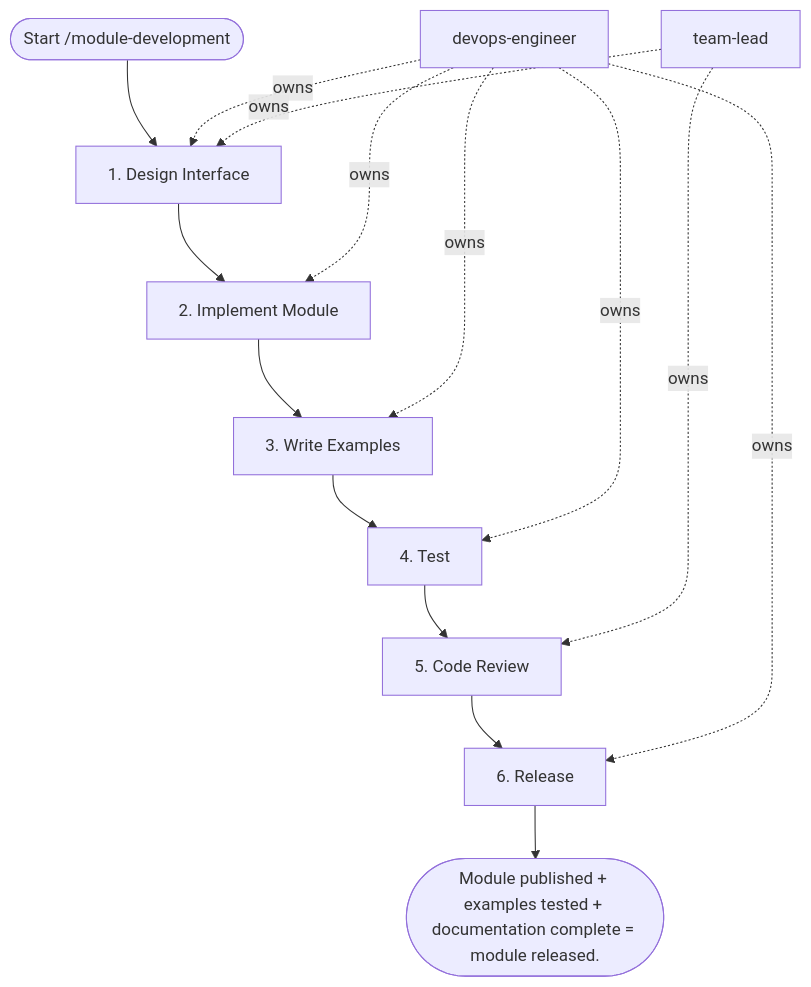
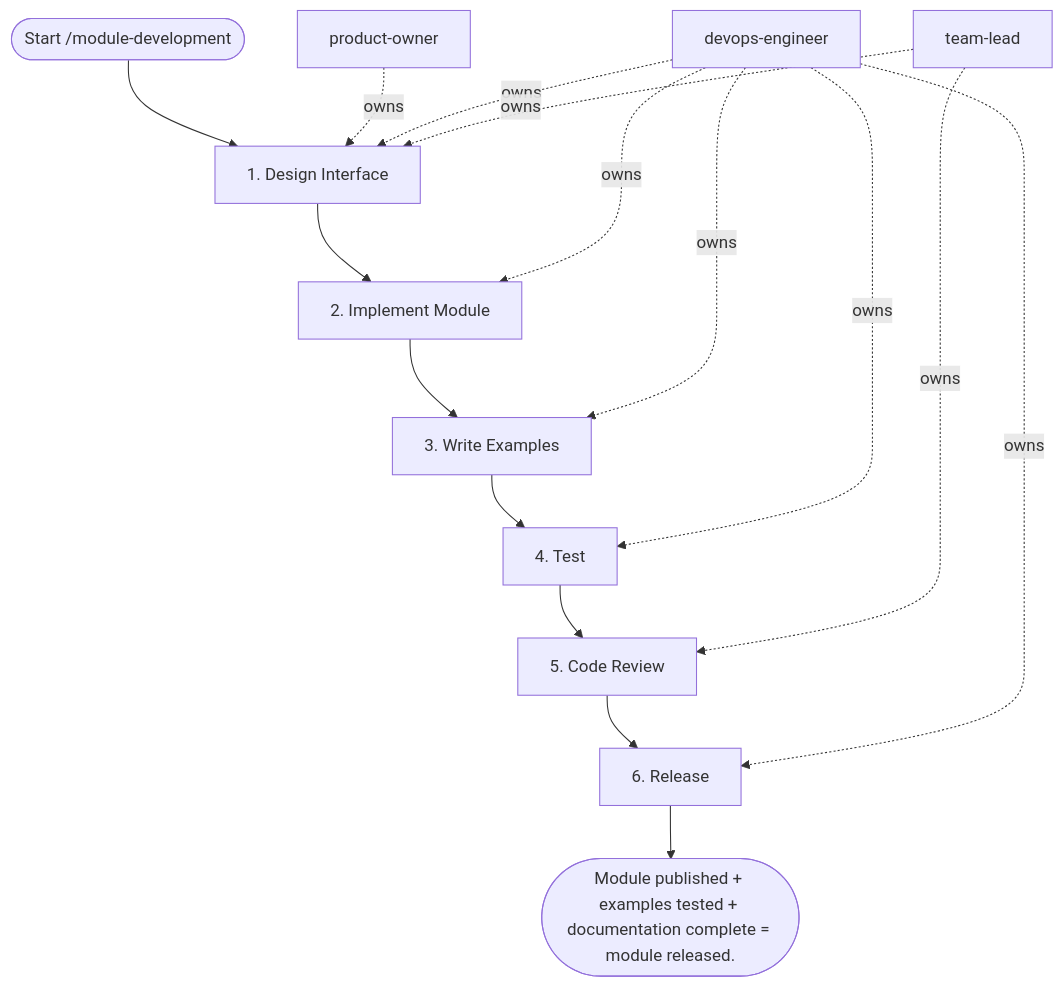
Before and after one commit to sawrus/agent-guides: the diagram in areas/devops/infrastructure/workflows/module-development.md, drawn with Mermaid. The commit also changed other lines of this file and 76 other files, not shown here.

Commit message:
Standardize workflow product owner initiation

````diff
--- a/areas/devops/infrastructure/workflows/module-development.md
+++ b/areas/devops/infrastructure/workflows/module-development.md
@@ -103,27 +103,29 @@
 ```mermaid
 flowchart TD
   start(["Start /module-development"])
-  role_1["devops-engineer"]
-  role_2["team-lead"]
+  role_1["product-owner"]
+  role_2["devops-engineer"]
+  role_3["team-lead"]
   step_1["1. Design Interface"]
   step_2["2. Implement Module"]
   step_3["3. Write Examples"]
   step_4["4. Test"]
   step_5["5. Code Review"]
   step_6["6. Release"]
   exit(["Module published + examples tested + documentation complete = module released."])
   start --> step_1
   step_1 --> step_2
   step_2 --> step_3
   step_3 --> step_4
   step_4 --> step_5
   step_5 --> step_6
   step_6 --> exit
   role_1 -. owns .-> step_1
   role_2 -. owns .-> step_1
-  role_1 -. owns .-> step_2
-  role_1 -. owns .-> step_3
-  role_1 -. owns .-> step_4
-  role_2 -. owns .-> step_5
-  role_1 -. owns .-> step_6
+  role_3 -. owns .-> step_1
+  role_2 -. owns .-> step_2
+  role_2 -. owns .-> step_3
+  role_2 -. owns .-> step_4
+  role_3 -. owns .-> step_5
+  role_2 -. owns .-> step_6
 ```
````
